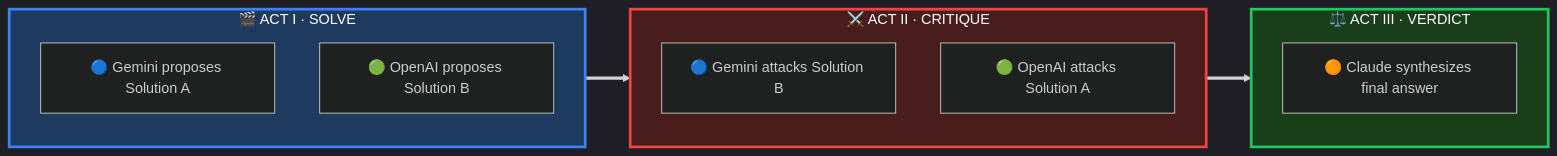
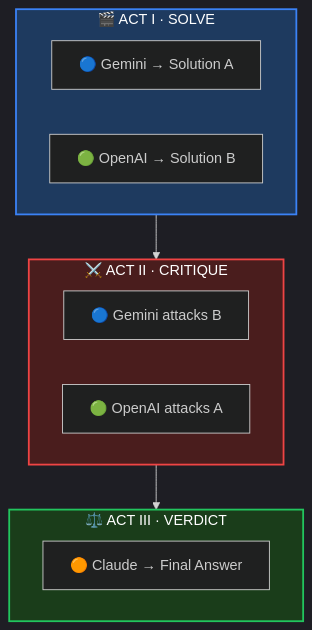
Before and after one commit to hc-Ryu/fairy_tail: the diagram in README.md, drawn with Mermaid. The commit also changed 1 other file, not shown here.

Commit message:
fix: Change Mermaid diagram to vertical layout
- Switch from LR (horizontal) to TB (vertical) flowchart
- Shorten node labels to prevent overflow
- Fixes ACT III being cut off on GitHub

````diff
--- a/README.md
+++ b/README.md
@@ -87,26 +87,23 @@
 ```mermaid
 %%{init: {'theme': 'dark', 'themeVariables': { 'primaryColor': '#1e3a5f', 'secondaryColor': '#4a1d1d', 'tertiaryColor': '#1a3d1a'}}}%%
-flowchart LR
+flowchart TB
     subgraph ACT1["🎬 ACT I · SOLVE"]
-        direction TB
-        G1["🔵 Gemini proposes Solution A"]
-        O1["🟢 OpenAI proposes Solution B"]
+        G1["🔵 Gemini → Solution A"]
+        O1["🟢 OpenAI → Solution B"]
     end
 
     subgraph ACT2["⚔️ ACT II · CRITIQUE"]
-        direction TB
-        G2["🔵 Gemini attacks Solution B"]
-        O2["🟢 OpenAI attacks Solution A"]
+        G2["🔵 Gemini attacks B"]
+        O2["🟢 OpenAI attacks A"]
     end
 
     subgraph ACT3["⚖️ ACT III · VERDICT"]
-        direction TB
-        C["🟠 Claude synthesizes final answer"]
+        C["🟠 Claude → Final Answer"]
     end
 
-    ACT1 ==> ACT2 ==> ACT3
+    ACT1 --> ACT2 --> ACT3
 
-    style ACT1 fill:#1e3a5f,stroke:#3b82f6,stroke-width:3px,color:#fff
-    style ACT2 fill:#4a1d1d,stroke:#ef4444,stroke-width:3px,color:#fff
-    style ACT3 fill:#1a3d1a,stroke:#22c55e,stroke-width:3px,color:#fff
+    style ACT1 fill:#1e3a5f,stroke:#3b82f6,stroke-width:2px,color:#fff
+    style ACT2 fill:#4a1d1d,stroke:#ef4444,stroke-width:2px,color:#fff
+    style ACT3 fill:#1a3d1a,stroke:#22c55e,stroke-width:2px,color:#fff
 ```
````
